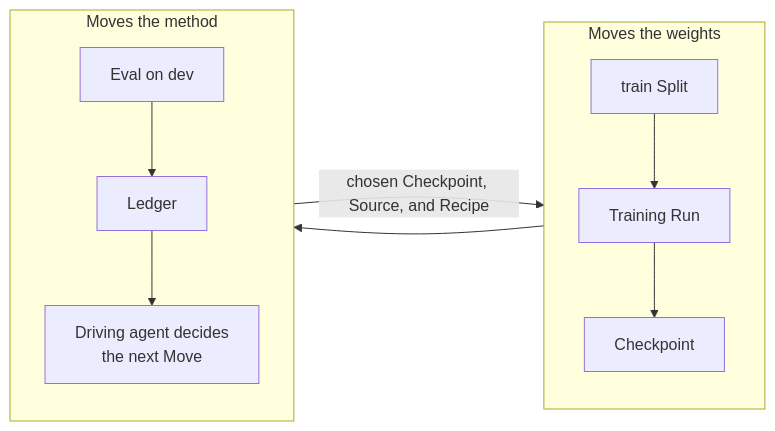
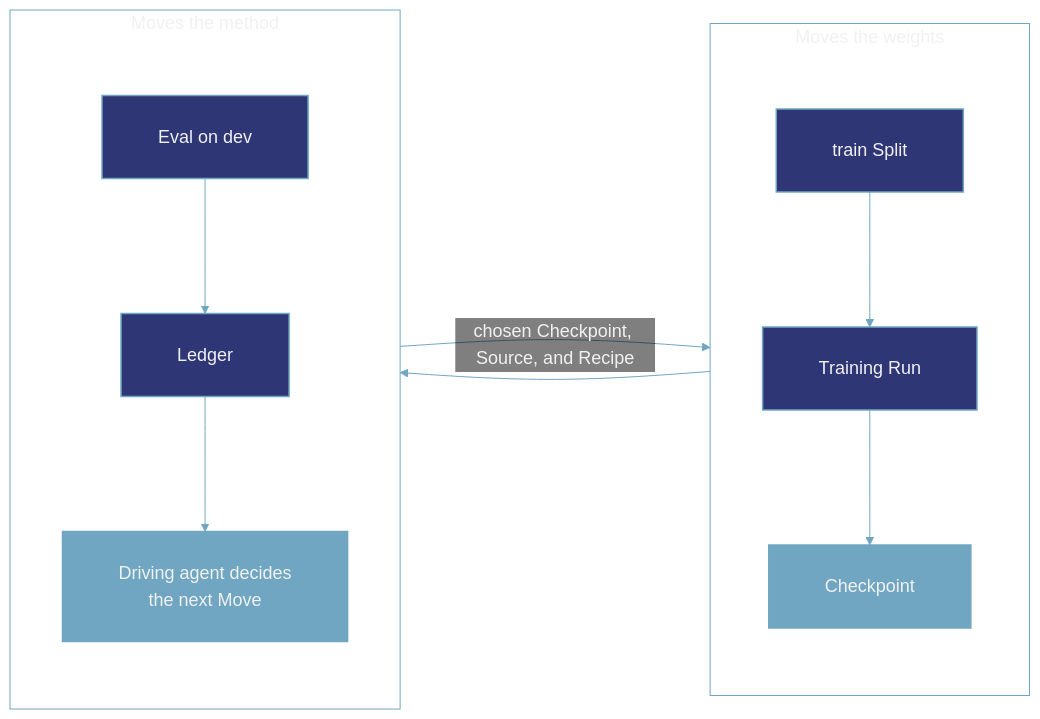
Before and after one commit to Monte-Inc/internal-monte-platform-docs: the first of 2 diagrams in concepts/improvement.mdx, drawn with Mermaid. The commit also changed other lines of this file, not shown here.

````diff
--- a/concepts/improvement.mdx
+++ b/concepts/improvement.mdx
@@ -11,13 +11,18 @@
 ```mermaid actions={false}
+%%{init: {'theme': 'base', 'themeVariables': {'primaryColor': '#315594', 'primaryTextColor': '#F0F1F2', 'primaryBorderColor': '#315594', 'lineColor': '#70A6C1', 'textColor': '#17181B', 'clusterBkg': 'transparent', 'clusterBorder': '#70A6C1', 'edgeLabelBackground': 'transparent', 'tertiaryColor': '#315594', 'tertiaryTextColor': '#F0F1F2', 'tertiaryBorderColor': '#315594', 'fontSize': '18px'}, 'flowchart': {'subGraphTitleMargin': {'top': 0, 'bottom': 18}, 'rankSpacing': 110, 'nodeSpacing': 85, 'padding': 28}}}%%
 flowchart LR
     subgraph INNER["Moves the weights"]
         direction TB
-        TRAIN["train Split"] --> RUN["Training Run"] --> CKPT["Checkpoint"]
+        TRAIN["train Split"]:::entry --> RUN["Training Run"]:::score --> CKPT["Checkpoint"]:::model
     end
     subgraph OUTER["Moves the method"]
         direction TB
-        EVAL["Eval on dev"] --> LEDGER["Ledger"] --> AGENT["Driving agent decides<br/>the next Move"]
+        EVAL["Eval on dev"]:::score --> LEDGER["Ledger"]:::entry --> AGENT["Driving agent decides<br/>the next Move"]:::model
     end
     CKPT --> EVAL
     AGENT -->|"chosen Checkpoint, Source, and Recipe"| RUN
+
+    classDef entry fill:#2F3675,stroke:#70A6C1,stroke-width:1.5px,color:#F0F1F2;
+    classDef model fill:#70A6C1,stroke:#70A6C1,stroke-width:1.5px,color:#F0F1F2;
+    classDef score fill:#2F3675,stroke:#70A6C1,stroke-width:1.5px,color:#F0F1F2;
 ```
````
